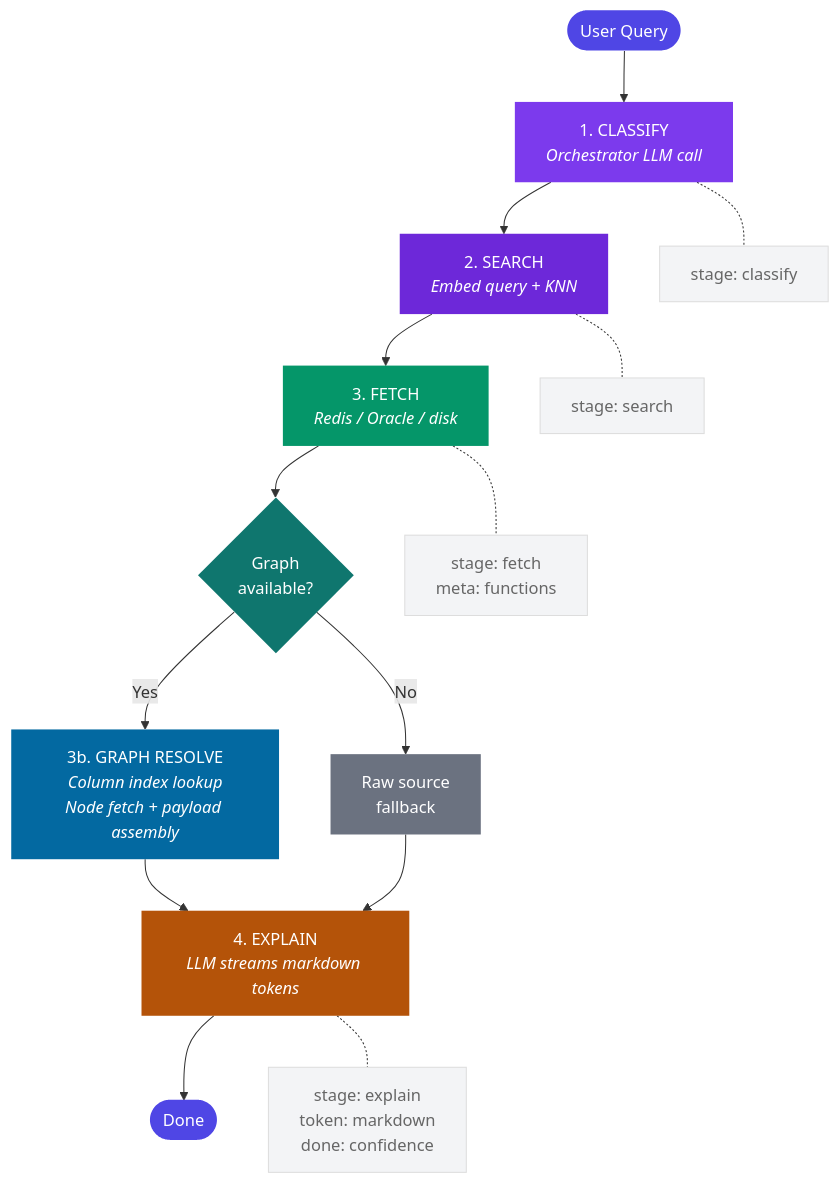
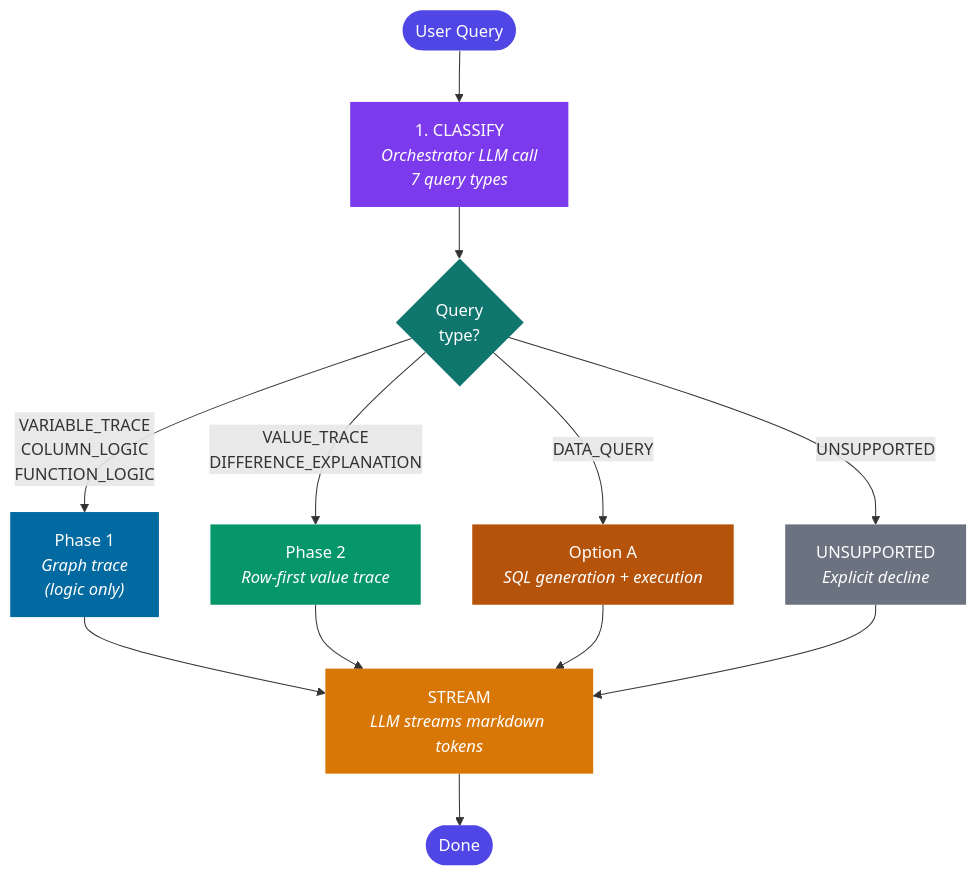
One commit to toheed-techlogix/R-TIE changed the second of 8 diagrams in README.md. Above: the diagram before and after it, drawn with Mermaid. The commit also changed other lines of this file, not shown here.

First line of the commit message:
docs: update README to cover value trace, data query, and time-series

````diff
--- a/README.md
+++ b/README.md
@@ -221,46 +266,37 @@
 ```mermaid
 flowchart TD
     Q(["User Query"])
-    C["1. CLASSIFY<br/><i>Orchestrator LLM call</i>"]
-    S["2. SEARCH<br/><i>Embed query + KNN</i>"]
-    F["3. FETCH<br/><i>Redis / Oracle / disk</i>"]
-    G{"Graph<br/>available?"}
-    GR["3b. GRAPH RESOLVE<br/><i>Column index lookup<br/>Node fetch + payload assembly</i>"]
-    RAW["Raw source<br/>fallback"]
-    E["4. EXPLAIN<br/><i>LLM streams markdown tokens</i>"]
+    C["1. CLASSIFY<br/><i>Orchestrator LLM call<br/>7 query types</i>"]
+    R{"Query<br/>type?"}
+
+    GP["Phase 1<br/><i>Graph trace<br/>(logic only)</i>"]
+    VT["Phase 2<br/><i>Row-first value trace</i>"]
+    DQ["Option A<br/><i>SQL generation + execution</i>"]
+    UN["UNSUPPORTED<br/><i>Explicit decline</i>"]
+
+    E["STREAM<br/><i>LLM streams markdown tokens</i>"]
     D(["Done"])
 
-    SSE1["stage: classify"]
-    SSE2["stage: search"]
-    SSE3["stage: fetch<br/>meta: functions"]
-    SSE4["stage: explain<br/>token: markdown<br/>done: confidence"]
+    Q --> C
+    C --> R
+    R -- "VARIABLE_TRACE<br/>COLUMN_LOGIC<br/>FUNCTION_LOGIC" --> GP
+    R -- "VALUE_TRACE<br/>DIFFERENCE_EXPLANATION" --> VT
+    R -- "DATA_QUERY" --> DQ
+    R -- "UNSUPPORTED" --> UN
 
-    Q --> C
-    C --> S
-    S --> F
-    F --> G
-    G -- "Yes" --> GR
-    G -- "No" --> RAW
-    GR --> E
-    RAW --> E
+    GP --> E
+    VT --> E
+    DQ --> E
+    UN --> E
     E --> D
-
-    C -.- SSE1
-    S -.- SSE2
-    F -.- SSE3
-    E -.- SSE4
 
     style Q fill:#4f46e5,color:#fff,stroke:none
     style C fill:#7c3aed,color:#fff,stroke:none
-    style S fill:#6d28d9,color:#fff,stroke:none
-    style F fill:#059669,color:#fff,stroke:none
-    style GR fill:#0369a1,color:#fff,stroke:none
-    style RAW fill:#6b7280,color:#fff,stroke:none
-    style E fill:#b45309,color:#fff,stroke:none
+    style R fill:#0f766e,color:#fff,stroke:none
+    style GP fill:#0369a1,color:#fff,stroke:none
+    style VT fill:#059669,color:#fff,stroke:none
+    style DQ fill:#b45309,color:#fff,stroke:none
+    style UN fill:#6b7280,color:#fff,stroke:none
+    style E fill:#d97706,color:#fff,stroke:none
     style D fill:#4f46e5,color:#fff,stroke:none
-    style G fill:#0f766e,color:#fff,stroke:none
-    style SSE1 fill:#f3f4f6,color:#666,stroke:#ddd
-    style SSE2 fill:#f3f4f6,color:#666,stroke:#ddd
-    style SSE3 fill:#f3f4f6,color:#666,stroke:#ddd
-    style SSE4 fill:#f3f4f6,color:#666,stroke:#ddd
 ```
````
